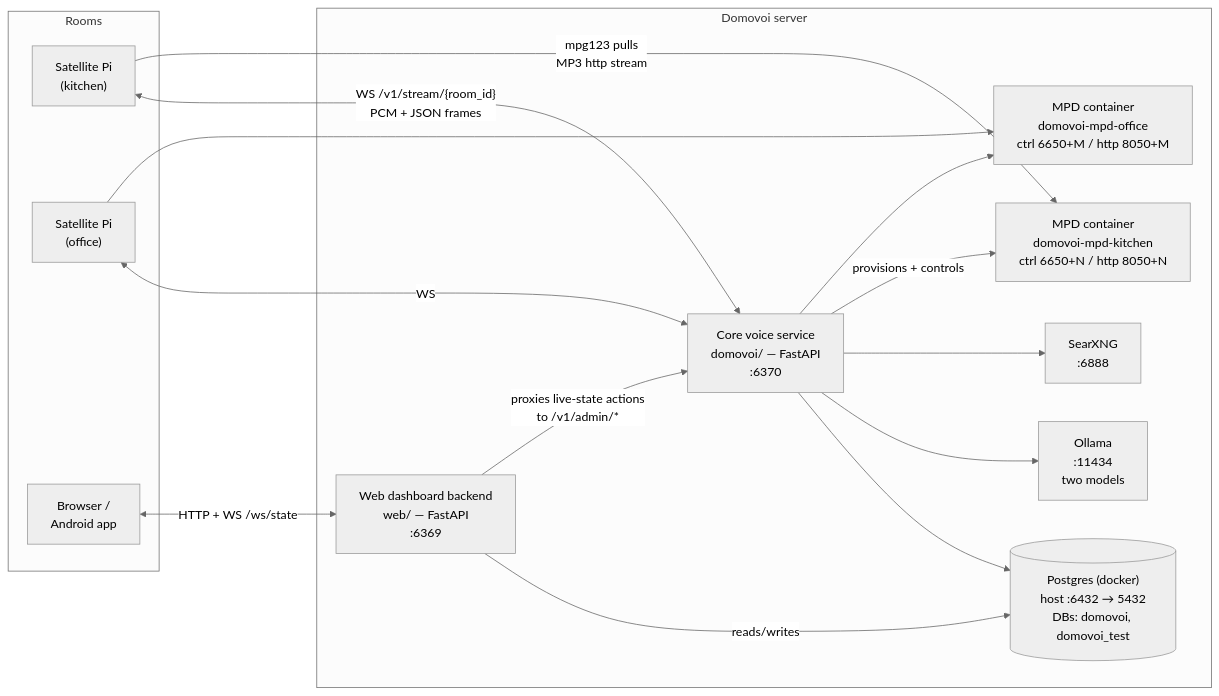
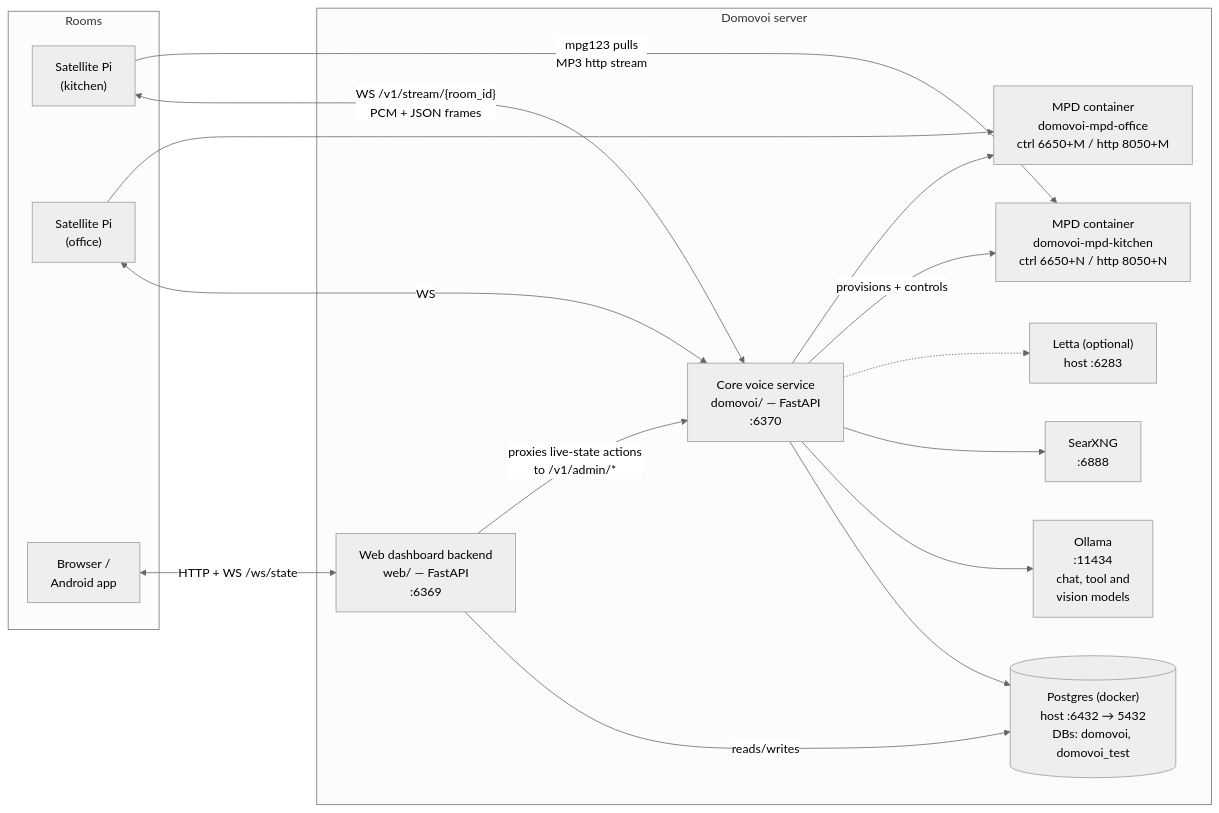
The diagram in docs/ARCHITECTURE.md (coders-farm-official/domovoi), drawn with Mermaid (neutral theme) before and after one commit. The commit also changed other lines of this file and 9 other files, not shown here.

Commit message:
Docs: apply the architecture, diagram, Home Assistant, API prose and container guard edits, with the chat drafts, letters and voice documents sections [skip ci]

````diff
--- a/docs/ARCHITECTURE.md
+++ b/docs/ARCHITECTURE.md
@@ -33,31 +36,33 @@
 ```mermaid
 flowchart LR
     subgraph House["Rooms"]
         SAT1["Satellite Pi<br/>(kitchen)"]
         SAT2["Satellite Pi<br/>(office)"]
         BROWSER["Browser /<br/>Android app"]
     end
 
     subgraph Server["Domovoi server"]
         CORE["Core voice service<br/>domovoi/ — FastAPI<br/>:6370"]
         WEB["Web dashboard backend<br/>web/ — FastAPI<br/>:6369"]
         PG[("Postgres (docker)<br/>host :6432 → 5432<br/>DBs: domovoi, domovoi_test")]
-        OLLAMA["Ollama<br/>:11434<br/>two models"]
+        OLLAMA["Ollama<br/>:11434<br/>chat, tool and<br/>vision models"]
         SEARX["SearXNG<br/>:6888"]
+        LETTA["Letta (optional)<br/>host :6283"]
         MPD1["MPD container<br/>domovoi-mpd-kitchen<br/>ctrl 6650+N / http 8050+N"]
         MPD2["MPD container<br/>domovoi-mpd-office<br/>ctrl 6650+M / http 8050+M"]
     end
 
     SAT1 <-->|"WS /v1/stream/{room_id}<br/>PCM + JSON frames"| CORE
     SAT2 <-->|WS| CORE
     SAT1 -->|"mpg123 pulls<br/>MP3 http stream"| MPD1
     SAT2 --> MPD2
     BROWSER <-->|"HTTP + WS /ws/state"| WEB
     WEB -->|"reads/writes"| PG
     WEB -->|"proxies live-state actions<br/>to /v1/admin/*"| CORE
     CORE --> PG
     CORE --> OLLAMA
     CORE --> SEARX
+    CORE -.-> LETTA
     CORE -->|"provisions + controls"| MPD1
     CORE --> MPD2
 ```
````
